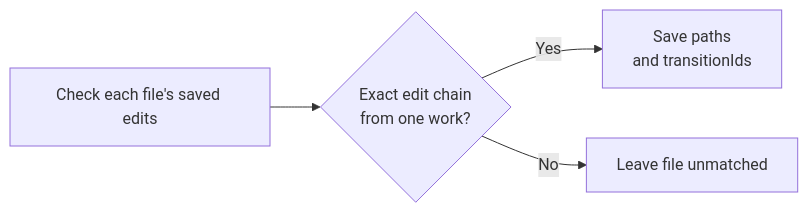
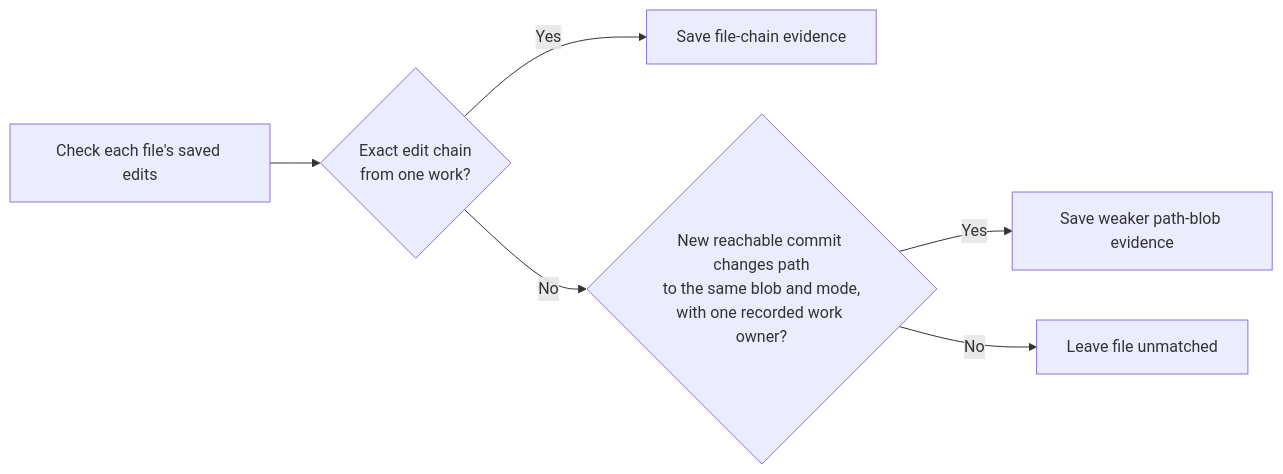
One commit to getkimchi/kimchi changed the fifth of 5 diagrams in docs/work-attribution.md. Above: the diagram before and after it, drawn with Mermaid. The commit also changed other lines of this file and 14 other files, not shown here.

````diff
--- a/docs/work-attribution.md
+++ b/docs/work-attribution.md
@@ -95,6 +122,8 @@
 ```mermaid
 flowchart LR
     F["Check each file's saved edits"] --> M{"Exact edit chain<br/>from one work?"}
-    M -->|Yes| T["Save paths<br/>and transitionIds"]
-    M -->|No| U["Leave file unmatched"]
+    M -->|Yes| T["Save file-chain evidence"]
+    M -->|No| B{"New reachable commit changes path<br/>to the same blob and mode,<br/>with one recorded work owner?"}
+    B -->|Yes| P["Save weaker path-blob evidence"]
+    B -->|No| U["Leave file unmatched"]
 ```
````
